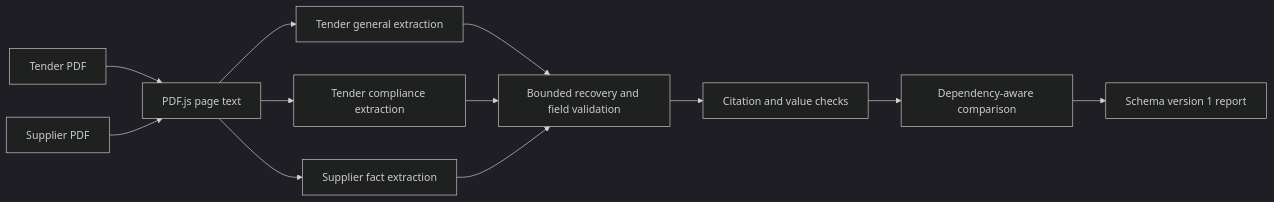
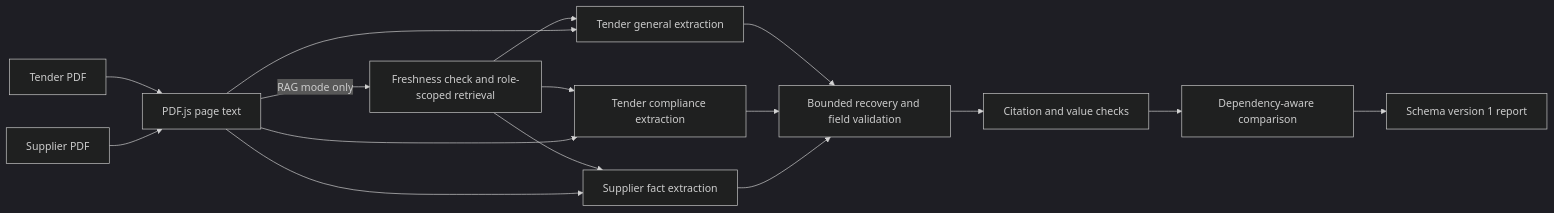
One commit to hujienan/tender-ai changed the second of 4 diagrams in docs/architecture.md. Above: the diagram before and after it, drawn with Mermaid (dark theme). The commit also changed other lines of this file and 16 other files, not shown here.

````diff
--- a/docs/architecture.md
+++ b/docs/architecture.md
@@ -23,14 +24,18 @@
 ```mermaid
 flowchart LR
   T[Tender PDF] --> P[PDF.js page text]
   S[Supplier PDF] --> P
+  P -->|RAG mode only| X[Freshness check and role-scoped retrieval]
+  X --> G
+  X --> C
+  X --> F
   P --> G[Tender general extraction]
   P --> C[Tender compliance extraction]
   P --> F[Supplier fact extraction]
   G --> R[Bounded recovery and field validation]
   C --> R
   F --> R
   R --> V[Citation and value checks]
   V --> D[Dependency-aware comparison]
   D --> O[Schema version 1 report]
 ```
````
